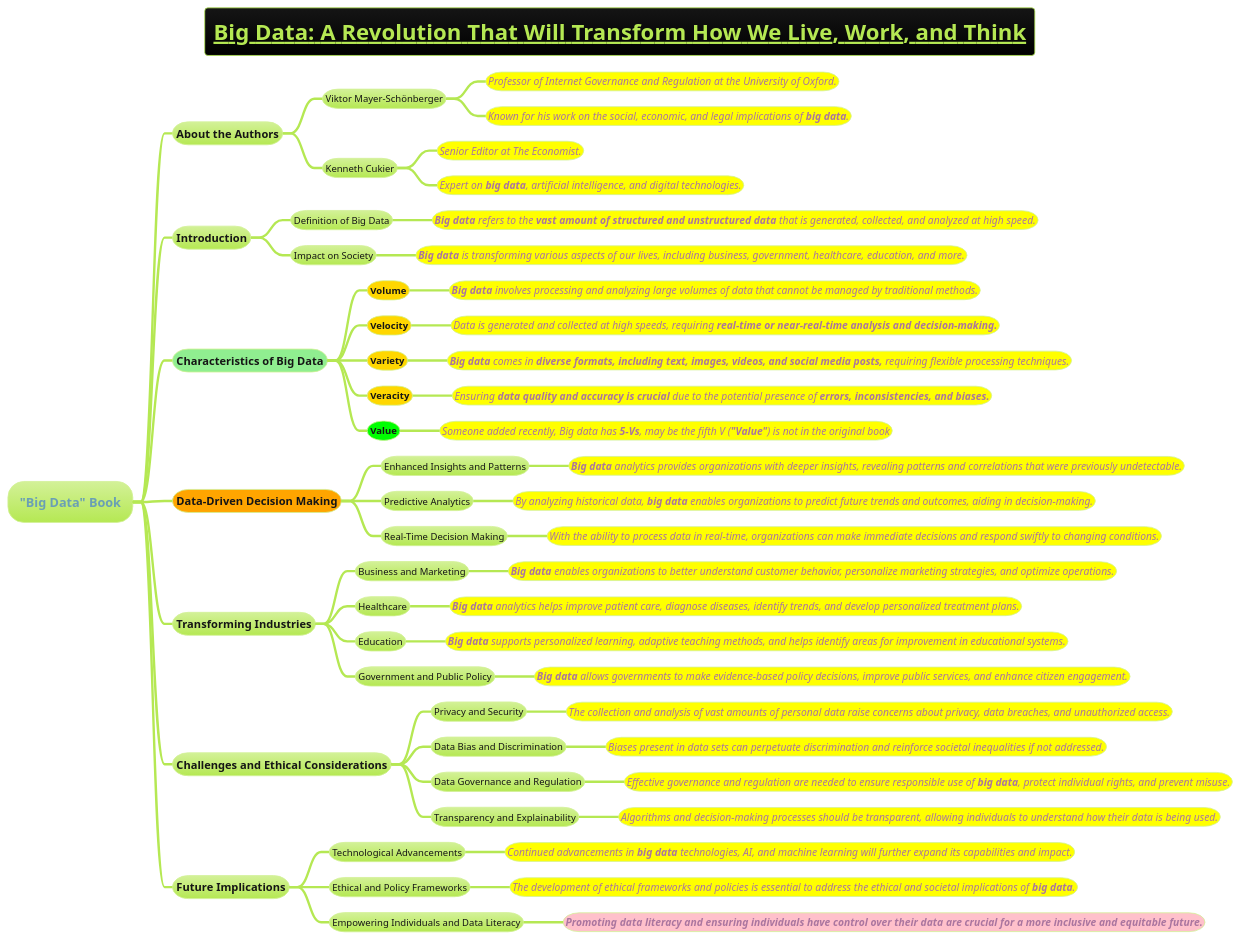
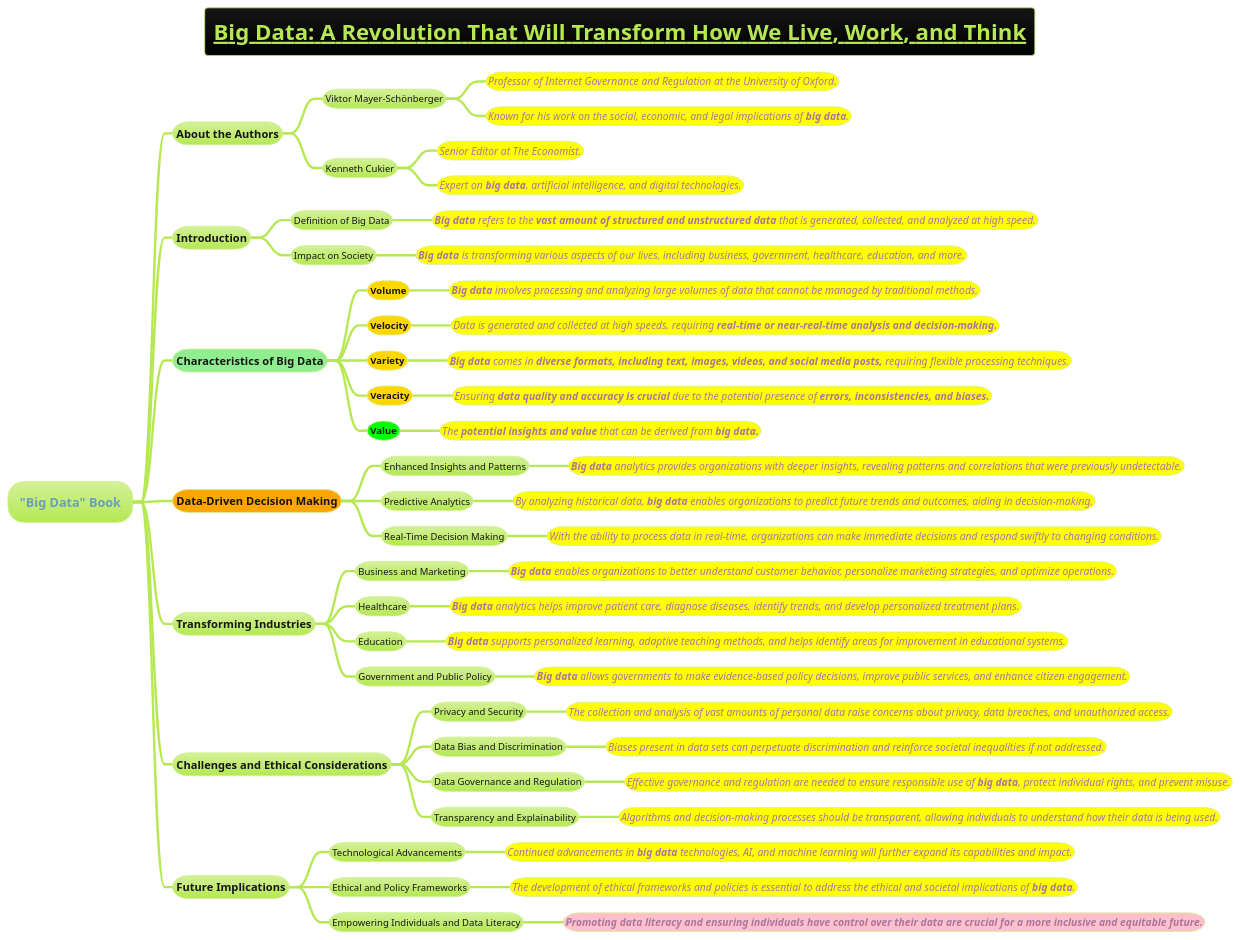
The diagram in docs/AI-ML- DL-Data-Science-and-BigData/big-data/Big-Data-A-Revolution-That-Will-Transform-How-We-Live-Work-and-Think.puml (MehmoodHashmi/Documentation-as-Code-DaC), drawn with PlantUML before and after one commit. The commit also changed 2 other files, not shown here.

```diff
--- a/docs/AI-ML- DL-Data-Science-and-BigData/big-data/Big-Data-A-Revolution-That-Will-Transform-How-We-Live-Work-and-Think.puml
+++ b/docs/AI-ML- DL-Data-Science-and-BigData/big-data/Big-Data-A-Revolution-That-Will-Transform-How-We-Live-Work-and-Think.puml
@@ -1,83 +1,83 @@
 @startmindmap
 title =__Big Data: A Revolution That Will Transform How We Live, Work, and Think__
 !theme hacker
 
 * "Big Data" Book
 ** About the Authors
 *** Viktor Mayer-Schönberger
 ****[#yellow] ====<size:13>Professor of Internet Governance and Regulation at the University of Oxford.
 ****[#yellow] ====<size:13>Known for his work on the social, economic, and legal implications of **big data**.
 
 *** Kenneth Cukier
 ****[#yellow] ====<size:13>Senior Editor at The Economist.
 ****[#yellow] ====<size:13>Expert on **big data**, artificial intelligence, and digital technologies.
 
 ** Introduction
 *** Definition of Big Data
 ****[#yellow] ====<size:13>**Big data** refers to the **vast amount of structured and unstructured data** that is generated, collected, and analyzed at high speed.
 
 *** Impact on Society
 ****[#yellow] ====<size:13>**Big data** is transforming various aspects of our lives, including business, government, healthcare, education, and more.
 
 **[#lightgreen] **Characteristics of Big Data**
 ***[#gold] **Volume**
 ****[#yellow] ====<size:13>**Big data** involves processing and analyzing large volumes of data that cannot be managed by traditional methods.
 
 ***[#gold] **Velocity**
 ****[#yellow] ====<size:13>Data is generated and collected at high speeds, requiring **real-time or near-real-time analysis and decision-making.**
 
 ***[#gold] **Variety**
 ****[#yellow] ====<size:13>**Big data** comes in **diverse formats, including text, images, videos, and social media posts,** requiring flexible processing techniques.
 
 ***[#gold] **Veracity**
 ****[#yellow] ====<size:13>Ensuring **data quality and accuracy is crucial** due to the potential presence of **errors, inconsistencies, and biases.**
 ***[#lime] **Value**
-****[#yellow] ====<size:13>Someone added recently, Big data has **5-Vs**, may be the fifth V (**"Value"**) is not in the original book
+****[#yellow] ====<size:13>The **potential insights and value** that can be derived from **big data.**
 
 **[#orange] Data-Driven Decision Making
 *** Enhanced Insights and Patterns
 ****[#yellow] ====<size:13>**Big data** analytics provides organizations with deeper insights, revealing patterns and correlations that were previously undetectable.
 
 *** Predictive Analytics
 ****[#yellow] ====<size:13>By analyzing historical data, **big data** enables organizations to predict future trends and outcomes, aiding in decision-making.
 
 *** Real-Time Decision Making
 ****[#yellow] ====<size:13>With the ability to process data in real-time, organizations can make immediate decisions and respond swiftly to changing conditions.
 
 ** Transforming Industries
 *** Business and Marketing
 ****[#yellow] ====<size:13>**Big data** enables organizations to better understand customer behavior, personalize marketing strategies, and optimize operations.
 
 *** Healthcare
 ****[#yellow] ====<size:13>**Big data** analytics helps improve patient care, diagnose diseases, identify trends, and develop personalized treatment plans.
 
 *** Education
 ****[#yellow] ====<size:13>**Big data** supports personalized learning, adaptive teaching methods, and helps identify areas for improvement in educational systems.
 
 *** Government and Public Policy
 ****[#yellow] ====<size:13>**Big data** allows governments to make evidence-based policy decisions, improve public services, and enhance citizen engagement.
 
 ** Challenges and Ethical Considerations
 *** Privacy and Security
 ****[#yellow] ====<size:13>The collection and analysis of vast amounts of personal data raise concerns about privacy, data breaches, and unauthorized access.
 
 *** Data Bias and Discrimination
 ****[#yellow] ====<size:13>Biases present in data sets can perpetuate discrimination and reinforce societal inequalities if not addressed.
 
 *** Data Governance and Regulation
 ****[#yellow] ====<size:13>Effective governance and regulation are needed to ensure responsible use of **big data**, protect individual rights, and prevent misuse.
 
 *** Transparency and Explainability
 ****[#yellow] ====<size:13>Algorithms and decision-making processes should be transparent, allowing individuals to understand how their data is being used.
 
 ** Future Implications
 *** Technological Advancements
 ****[#yellow] ====<size:13>Continued advancements in **big data** technologies, AI, and machine learning will further expand its capabilities and impact.
 
 *** Ethical and Policy Frameworks
 ****[#yellow] ====<size:13>The development of ethical frameworks and policies is essential to address the ethical and societal implications of **big data**.
 
 *** Empowering Individuals and Data Literacy
 ****[#pink] ====<size:13>**Promoting data literacy and ensuring individuals have control over their data are crucial for a more inclusive and equitable future.**
 
 @endmindmap
```
